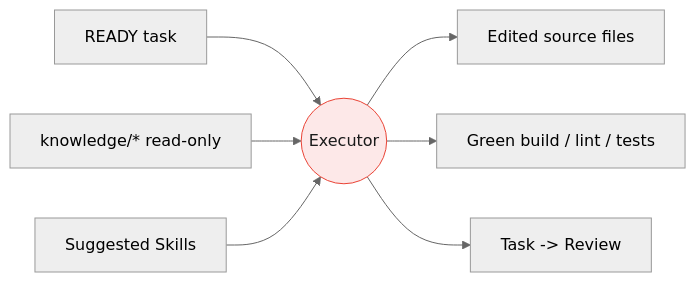
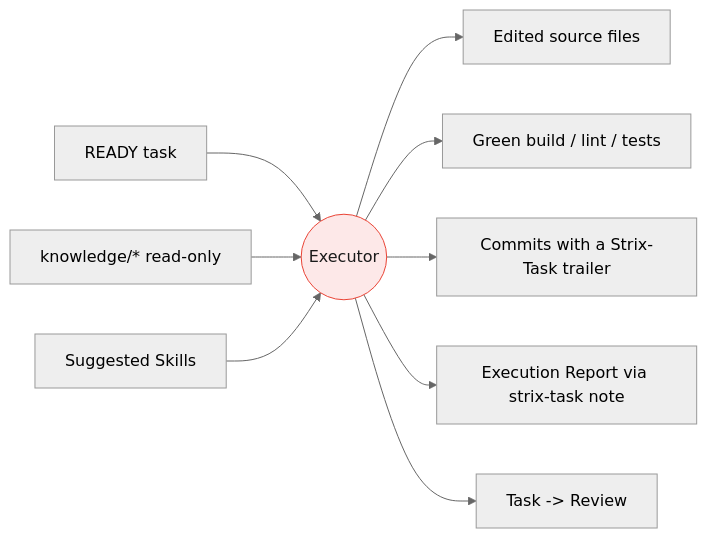
One commit to Vtquan123/strix changed the diagram in reference/workflow/runtimes/execution-runtime.md. Above: the diagram before and after it, drawn with Mermaid (neutral theme). The commit also changed other lines of this file and 80 other files, not shown here.

````diff
--- a/reference/workflow/runtimes/execution-runtime.md
+++ b/reference/workflow/runtimes/execution-runtime.md
@@ -41,11 +42,13 @@
 ```mermaid
 flowchart LR
     IN1[READY task] --> N((Executor))
     IN2[knowledge/* read-only] --> N
     IN3[Suggested Skills] --> N
     N --> OUT1[Edited source files]
     N --> OUT2[Green build / lint / tests]
+    N --> OUT4[Commits with a Strix-Task trailer]
+    N --> OUT5[Execution Report via strix-task note]
     N --> OUT3[Task -> Review]
     classDef exec fill:#fde8e8,stroke:#ea4335,color:#1a1a1a;
     class N exec;
 ```
````
